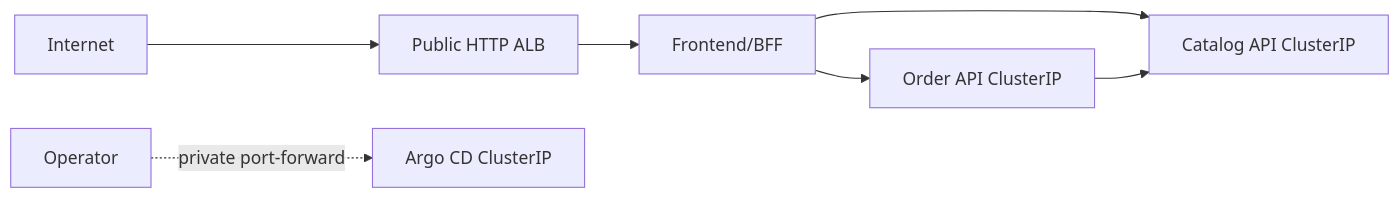
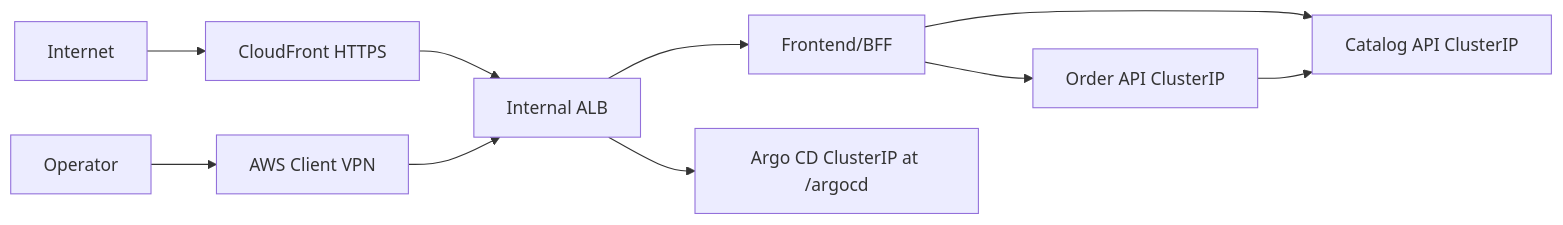
Before and after one commit to MinhKhoa2209/techx-chart: the diagram in README.md, drawn with Mermaid. The commit also changed other lines of this file and 9 other files, not shown here.

Commit message:
feat: add private domain and vpn ingress profile

````diff
--- a/README.md
+++ b/README.md
@@ -96,9 +105,12 @@
 ```mermaid
 flowchart LR
-  Internet --> ALB[Public HTTP ALB]
+  Internet --> CloudFront[CloudFront HTTPS]
+  CloudFront --> ALB[Internal ALB]
   ALB --> Frontend[Frontend/BFF]
   Frontend --> Catalog[Catalog API ClusterIP]
   Frontend --> Order[Order API ClusterIP]
   Order --> Catalog
-  Admin[Operator] -. private port-forward .-> Argo[Argo CD ClusterIP]
+  Admin[Operator] --> VPN[AWS Client VPN]
+  VPN --> ALB
+  ALB --> Argo[Argo CD ClusterIP at /argocd]
 ```
````
